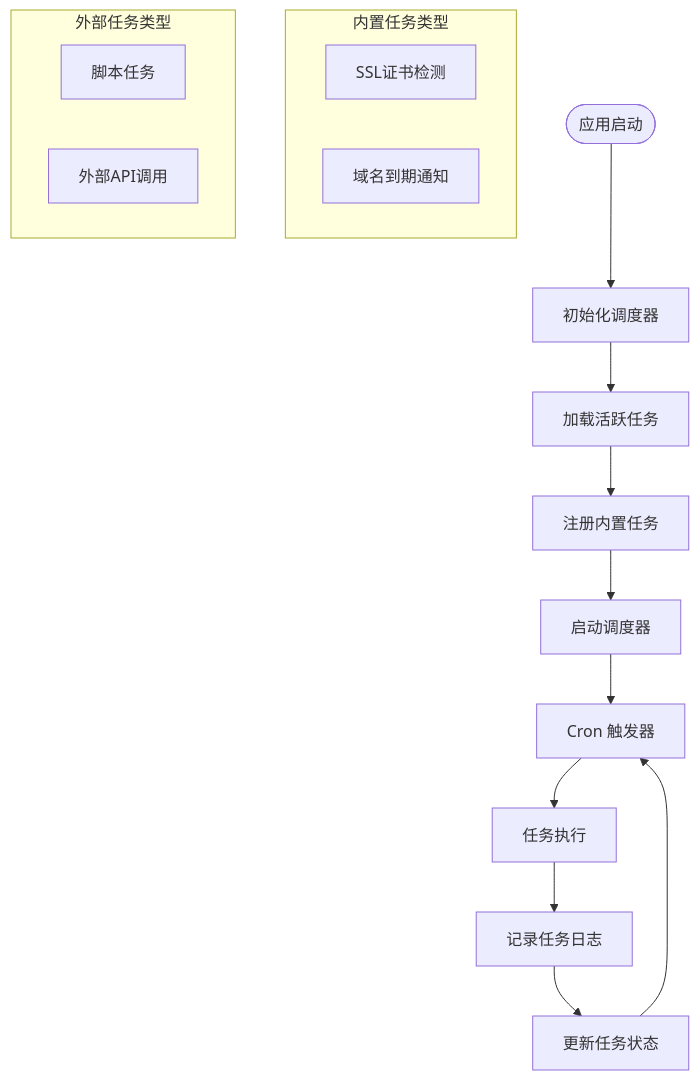
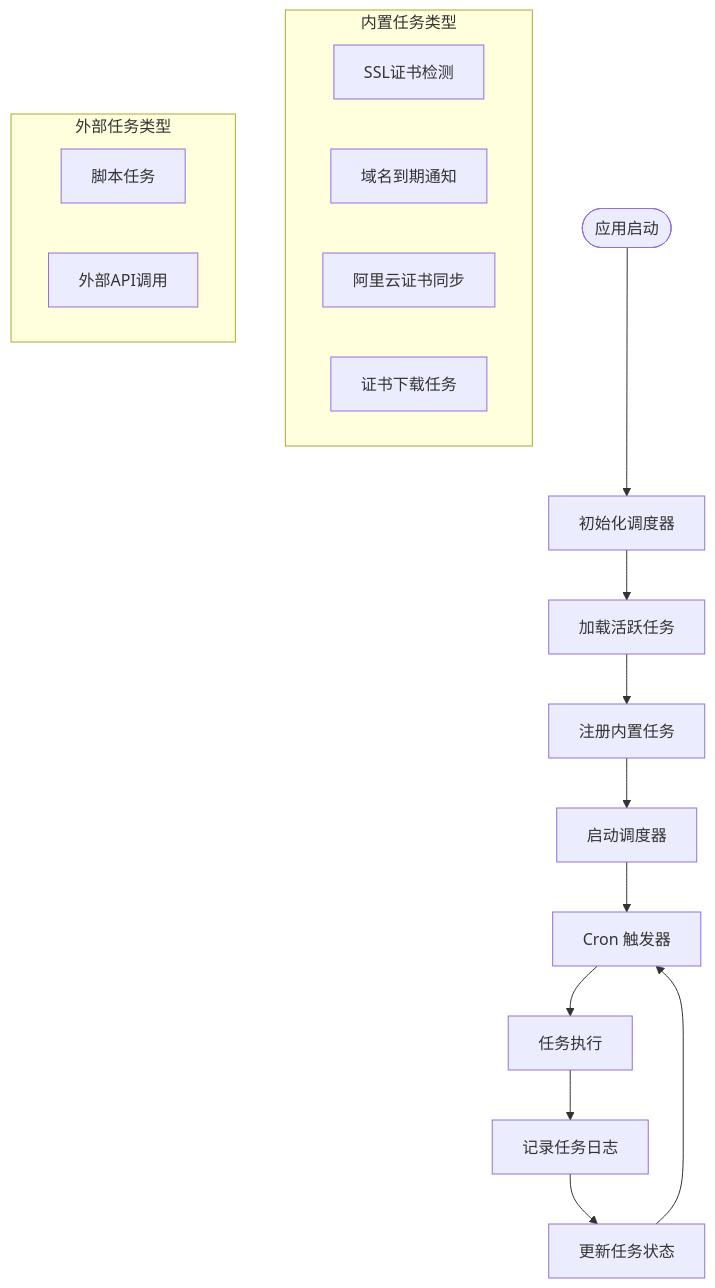
The ninth of 15 diagrams in .qoder/repowiki/zh/content/核心功能模块/阿里云集成系统.md (ismine3/OPS), drawn with Mermaid before and after one commit. The commit also changed other lines of this file and 13 other files, not shown here.

````diff
--- a/.qoder/repowiki/zh/content/核心功能模块/阿里云集成系统.md
+++ b/.qoder/repowiki/zh/content/核心功能模块/阿里云集成系统.md
@@ -251,20 +400,22 @@
 ```mermaid
 flowchart TD
 Start([应用启动]) --> InitScheduler[初始化调度器]
 InitScheduler --> LoadTasks[加载活跃任务]
 LoadTasks --> RegisterBuiltin[注册内置任务]
 RegisterBuiltin --> StartScheduler[启动调度器]
 StartScheduler --> CronTrigger[Cron 触发器]
 CronTrigger --> TaskExecution[任务执行]
 TaskExecution --> LogTask[记录任务日志]
 LogTask --> UpdateStatus[更新任务状态]
 UpdateStatus --> CronTrigger
 subgraph "内置任务类型"
 CertCheck[SSL证书检测]
 DomainNotify[域名到期通知]
+AliyunCertSync[阿里云证书同步]
+CertDownload[证书下载任务]
 end
 subgraph "外部任务类型"
 ScriptTask[脚本任务]
 ExternalAPI[外部API调用]
 end
 ```
````
